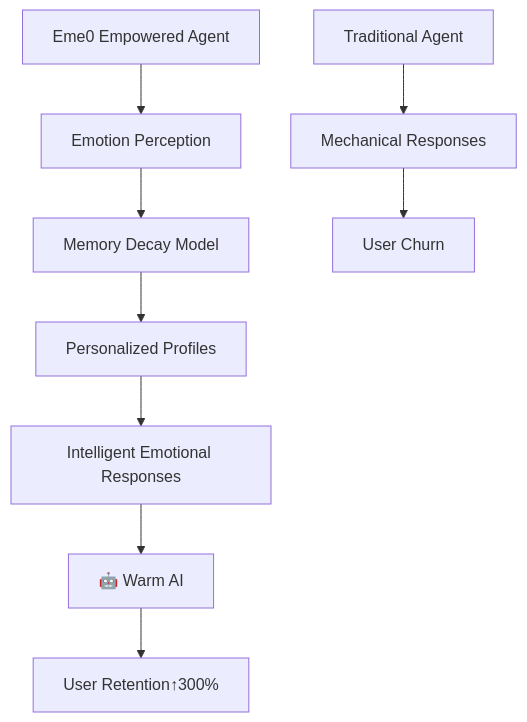
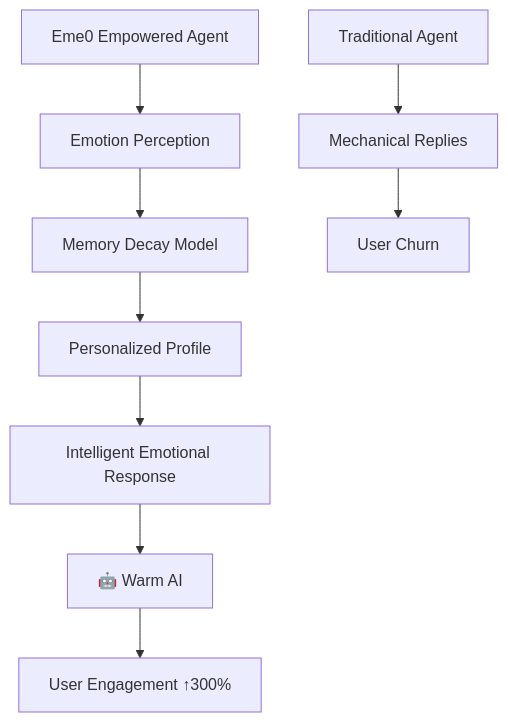
One commit to wohunlfry/Eme0 changed the diagram in README_EN.md. Above: the diagram before and after it, drawn with Mermaid. The commit also changed other lines of this file and 12 other files, not shown here.

````diff
--- a/README_EN.md
+++ b/README_EN.md
@@ -29,12 +29,12 @@
 ```mermaid
 graph TD
-    A[Traditional Agent] --> B[Mechanical Responses]
+    A[Traditional Agent] --> B[Mechanical Replies]
     C[Eme0 Empowered Agent] --> D[Emotion Perception]
     D --> E[Memory Decay Model]
-    E --> F[Personalized Profiles]
-    F --> G[Intelligent Emotional Responses]
+    E --> F[Personalized Profile]
+    F --> G[Intelligent Emotional Response]
     G --> H[🤖 Warm AI]
     
     B --> I[User Churn]
-    H --> J[User Retention↑300%]
+    H --> J[User Engagement ↑300%]
 ```
````
